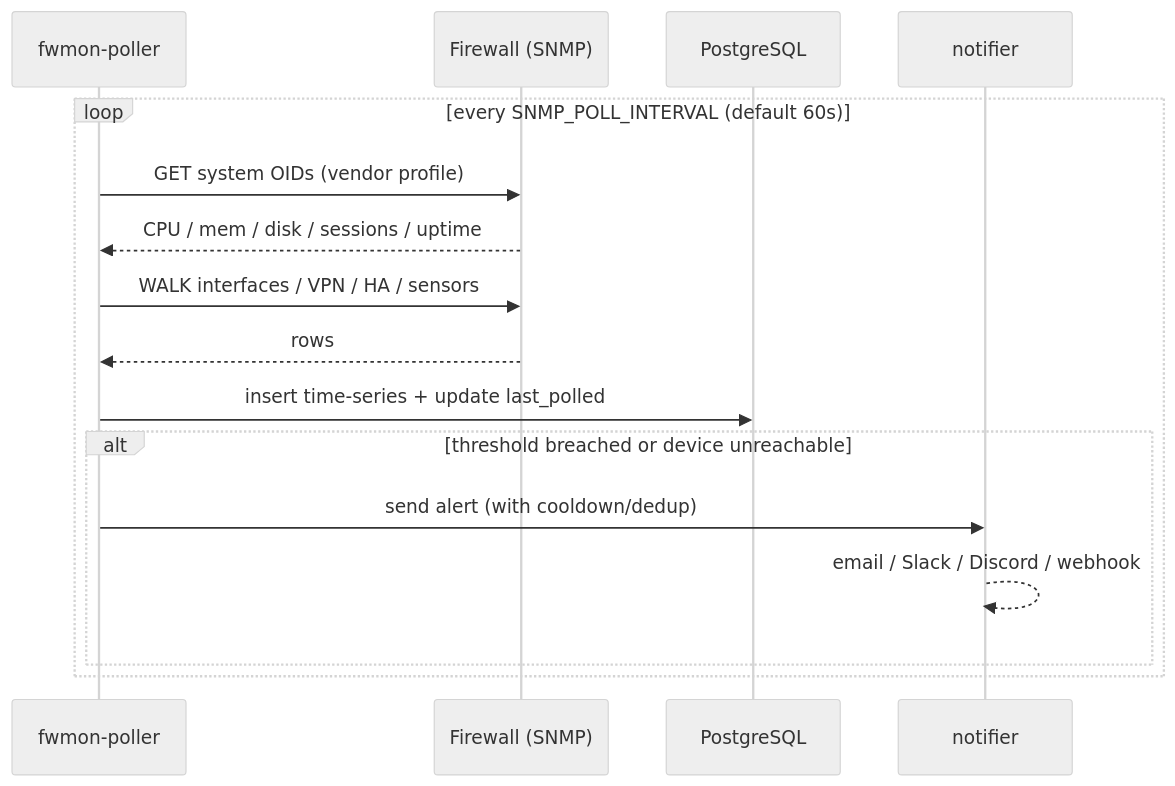
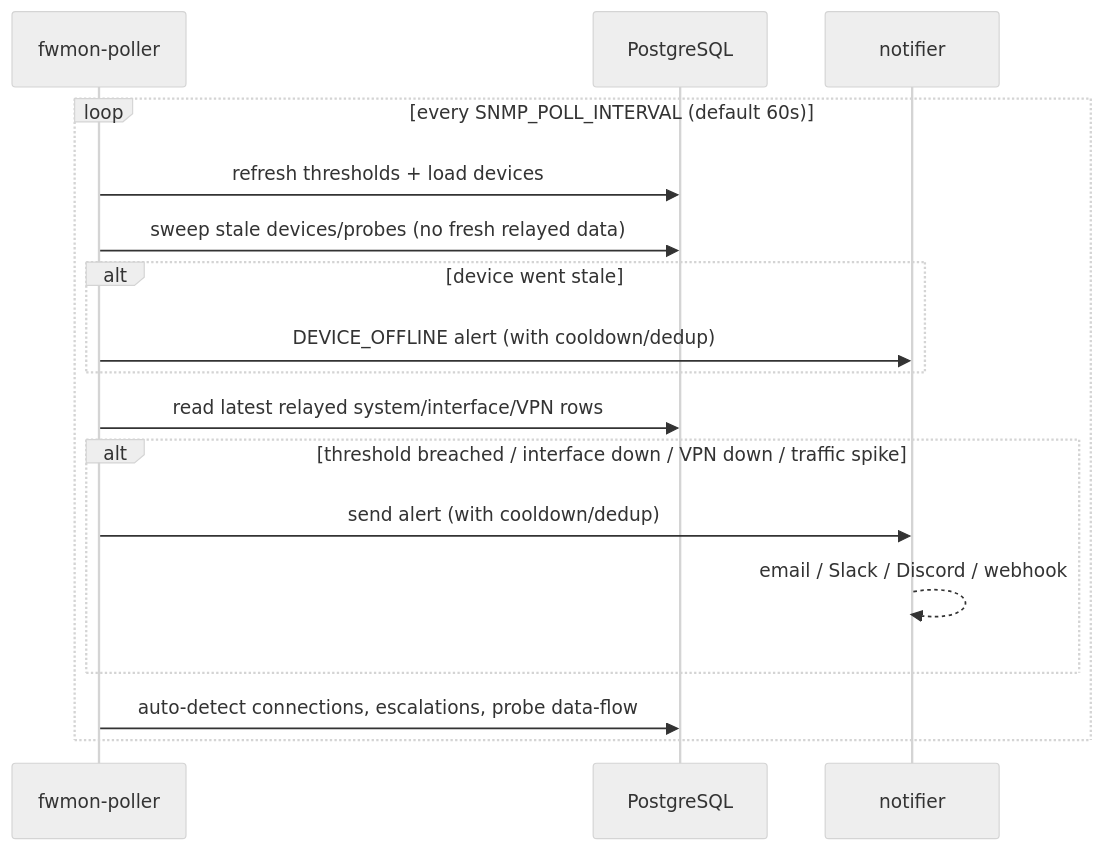
Before and after one commit to xphox2/Firewall-Monitoring: the third of 4 diagrams in docs/architecture.md, drawn with Mermaid (neutral theme). The commit also changed other lines of this file and 8 other files, not shown here.

````diff
--- a/docs/architecture.md
+++ b/docs/architecture.md
@@ -91,19 +96,20 @@
 ```mermaid
 sequenceDiagram
     participant Po as fwmon-poller
-    participant FW as Firewall (SNMP)
     participant D as PostgreSQL
     participant N as notifier
 
     loop every SNMP_POLL_INTERVAL (default 60s)
-        Po->>FW: GET system OIDs (vendor profile)
-        FW-->>Po: CPU / mem / disk / sessions / uptime
-        Po->>FW: WALK interfaces / VPN / HA / sensors
-        FW-->>Po: rows
-        Po->>D: insert time-series + update last_polled
-        alt threshold breached or device unreachable
+        Po->>D: refresh thresholds + load devices
+        Po->>D: sweep stale devices/probes (no fresh relayed data)
+        alt device went stale
+            Po->>N: DEVICE_OFFLINE alert (with cooldown/dedup)
+        end
+        Po->>D: read latest relayed system/interface/VPN rows
+        alt threshold breached / interface down / VPN down / traffic spike
             Po->>N: send alert (with cooldown/dedup)
             N-->>N: email / Slack / Discord / webhook
         end
+        Po->>D: auto-detect connections, escalations, probe data-flow
     end
 ```
````
